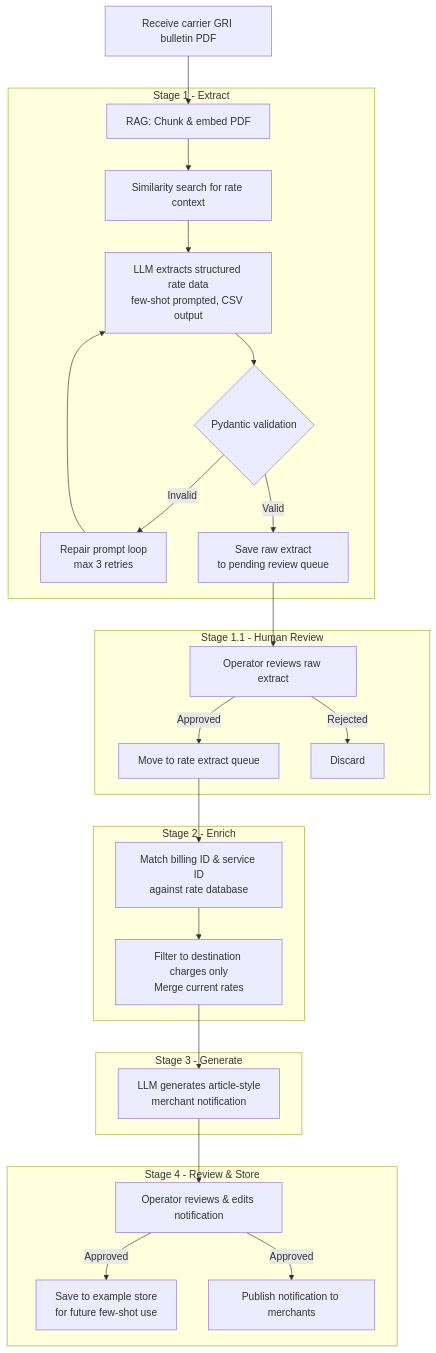
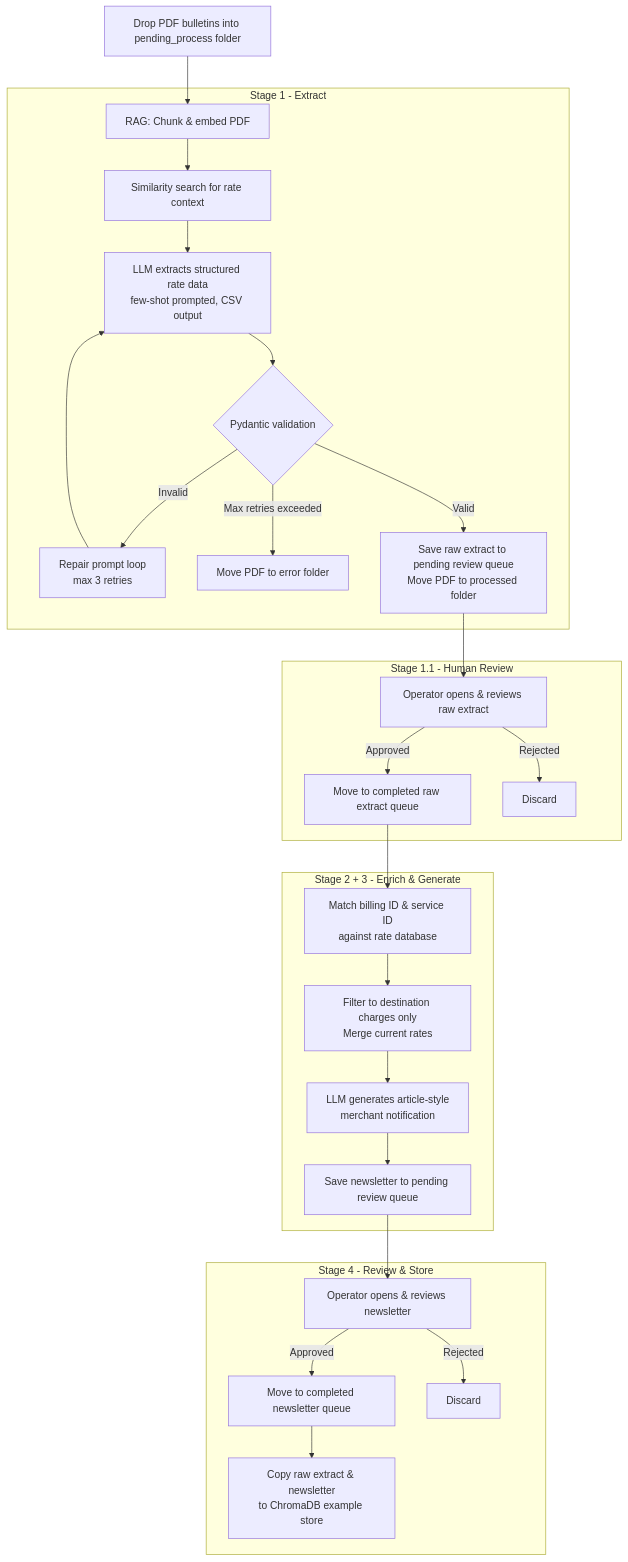
Before and after one commit to WenKangChua/automated_newsletters: the diagram in README.md, drawn with Mermaid. The commit also changed other lines of this file and 1 other file, not shown here.

Commit message:
Update pipeline docs and clean CLI
Revise README mermaid diagrams to reflect the automated pipeline: replace manual bulletin handling with dropping PDFs into a pending_process folder, improve validation/error handling (max retries -> move to error, move processed PDFs), combine Enrich & Generate stages, and update human review and final storage steps (copy examples to ChromaDB). Also remove the commented-out MENU/ACTIONS block from app/entrypoints/main.py to keep the CLI single source of truth.

````diff
--- a/README.md
+++ b/README.md
@@ -55,34 +42,34 @@
 ```mermaid
 flowchart TD
-    A[Receive carrier GRI bulletin PDF] --> B
+    A[Drop PDF bulletins into pending_process folder] --> B
 
     subgraph Stage 1 - Extract
         B[RAG: Chunk & embed PDF] --> C[Similarity search for rate context]
         C --> D[LLM extracts structured rate data\nfew-shot prompted, CSV output]
         D --> E{Pydantic validation}
         E -- Invalid --> F[Repair prompt loop\nmax 3 retries]
         F --> D
-        E -- Valid --> G[Save raw extract\nto pending review queue]
+        E -- Max retries exceeded --> G[Move PDF to error folder]
+        E -- Valid --> H[Save raw extract to pending review queue\nMove PDF to processed folder]
     end
 
     subgraph Stage 1.1 - Human Review
-        G --> H[Operator reviews raw extract]
-        H -- Approved --> I[Move to rate extract queue]
-        H -- Rejected --> J[Discard]
+        H --> I[Operator opens & reviews raw extract]
+        I -- Approved --> J[Move to completed raw extract queue]
+        I -- Rejected --> K[Discard]
     end
 
-    subgraph Stage 2 - Enrich
-        I --> K[Match billing ID & service ID\nagainst rate database]
-        K --> L[Filter to destination charges only\nMerge current rates]
-    end
-
-    subgraph Stage 3 - Generate
-        L --> M[LLM generates article-style\nmerchant notification]
+    subgraph Stage 2 + 3 - Enrich & Generate
+        J --> L[Match billing ID & service ID\nagainst rate database]
+        L --> M[Filter to destination charges only\nMerge current rates]
+        M --> N[LLM generates article-style\nmerchant notification]
+        N --> O[Save newsletter to pending review queue]
     end
 
     subgraph Stage 4 - Review & Store
-        M --> N[Operator reviews & edits notification]
-        N -- Approved --> O[Save to example store\nfor future few-shot use]
-        N -- Approved --> P[Publish notification to merchants]
+        O --> P[Operator opens & reviews newsletter]
+        P -- Approved --> Q[Move to completed newsletter queue]
+        P -- Rejected --> R[Discard]
+        Q --> S[Copy raw extract & newsletter\nto ChromaDB example store]
     end
 ```
````
